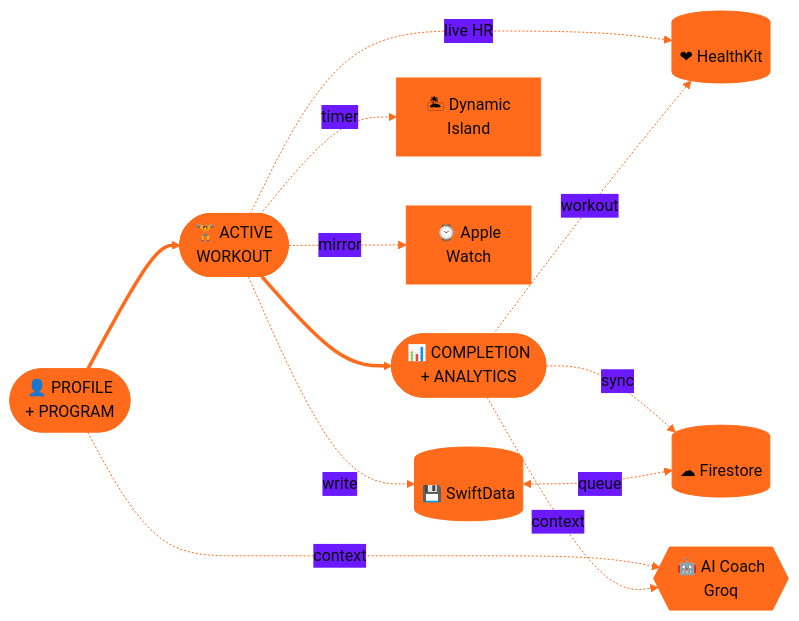
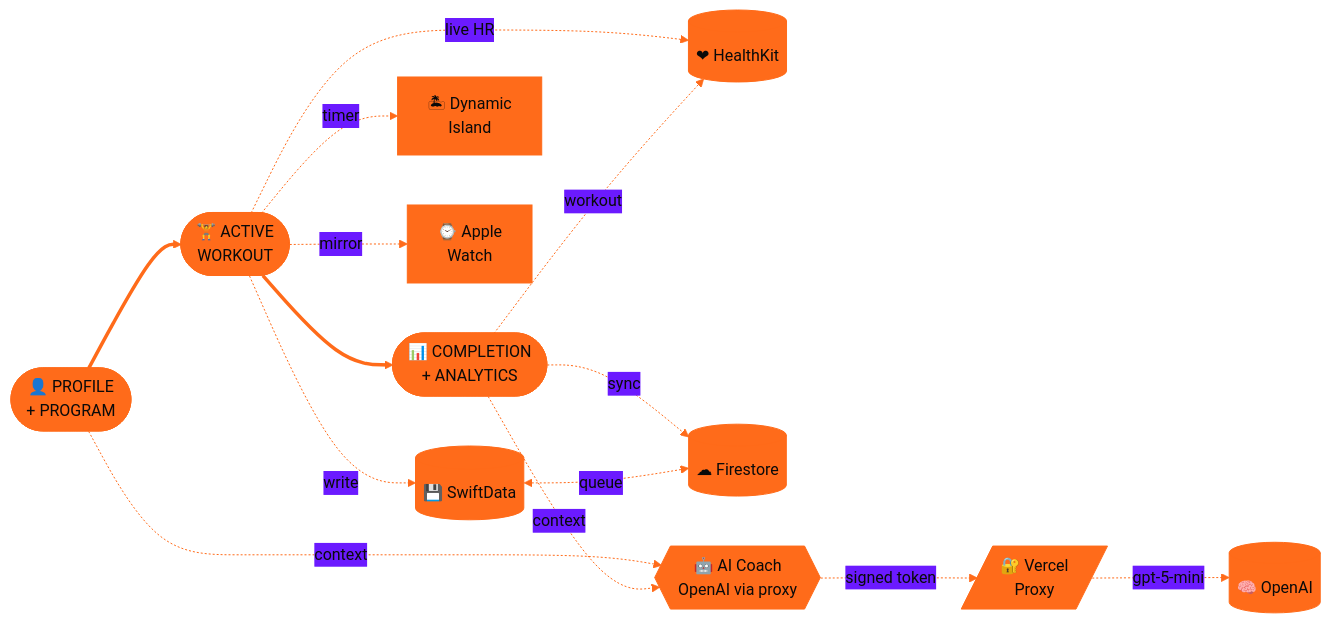
Before and after one commit to shurinbergo3/GymTracker: the diagram in README.md, drawn with Mermaid. The commit also changed other lines of this file and 1 other file, not shown here.

Commit message:
feat: enhance README with AI Coach details and localization updates

````diff
--- a/README.md
+++ b/README.md
@@ -129,18 +130,20 @@
 ```mermaid
 %%{init: {'theme':'base', 'themeVariables': { 'primaryColor': '#ff6b1a', 'primaryTextColor': '#0a0a0a', 'primaryBorderColor':'#ff6b1a', 'lineColor':'#ff6b1a', 'fontFamily':'monospace'}}}%%
 flowchart LR
     A([👤 PROFILE<br/>+ PROGRAM]) ==> B([🏋 ACTIVE<br/>WORKOUT])
     B ==> C([📊 COMPLETION<br/>+ ANALYTICS])
 
     B -.live HR.-> H[(❤ HealthKit)]
     B -.timer.-> L[🏝 Dynamic<br/>Island]
     B -.mirror.-> W[⌚ Apple<br/>Watch]
     B -.write.-> S[(💾 SwiftData)]
 
     C -.workout.-> H
     C -.sync.-> F[(☁ Firestore)]
     S <-.queue.-> F
 
-    A -.context.-> AI{{🤖 AI Coach<br/>Groq}}
+    A -.context.-> AI{{🤖 AI Coach<br/>OpenAI via proxy}}
     C -.context.-> AI
+    AI -.signed token.-> P[/🔐 Vercel<br/>Proxy/]
+    P -.gpt-5-mini.-> O[(🧠 OpenAI)]
 ```
````
